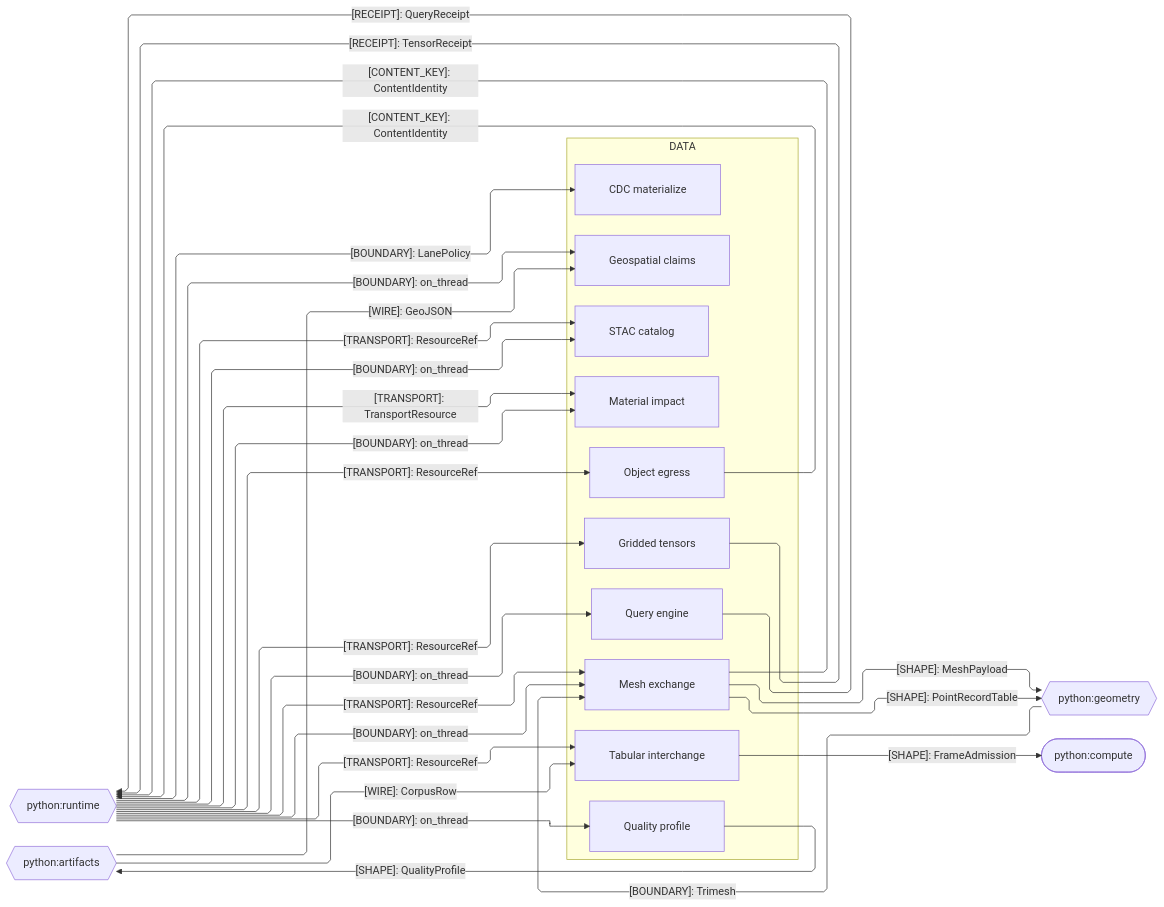
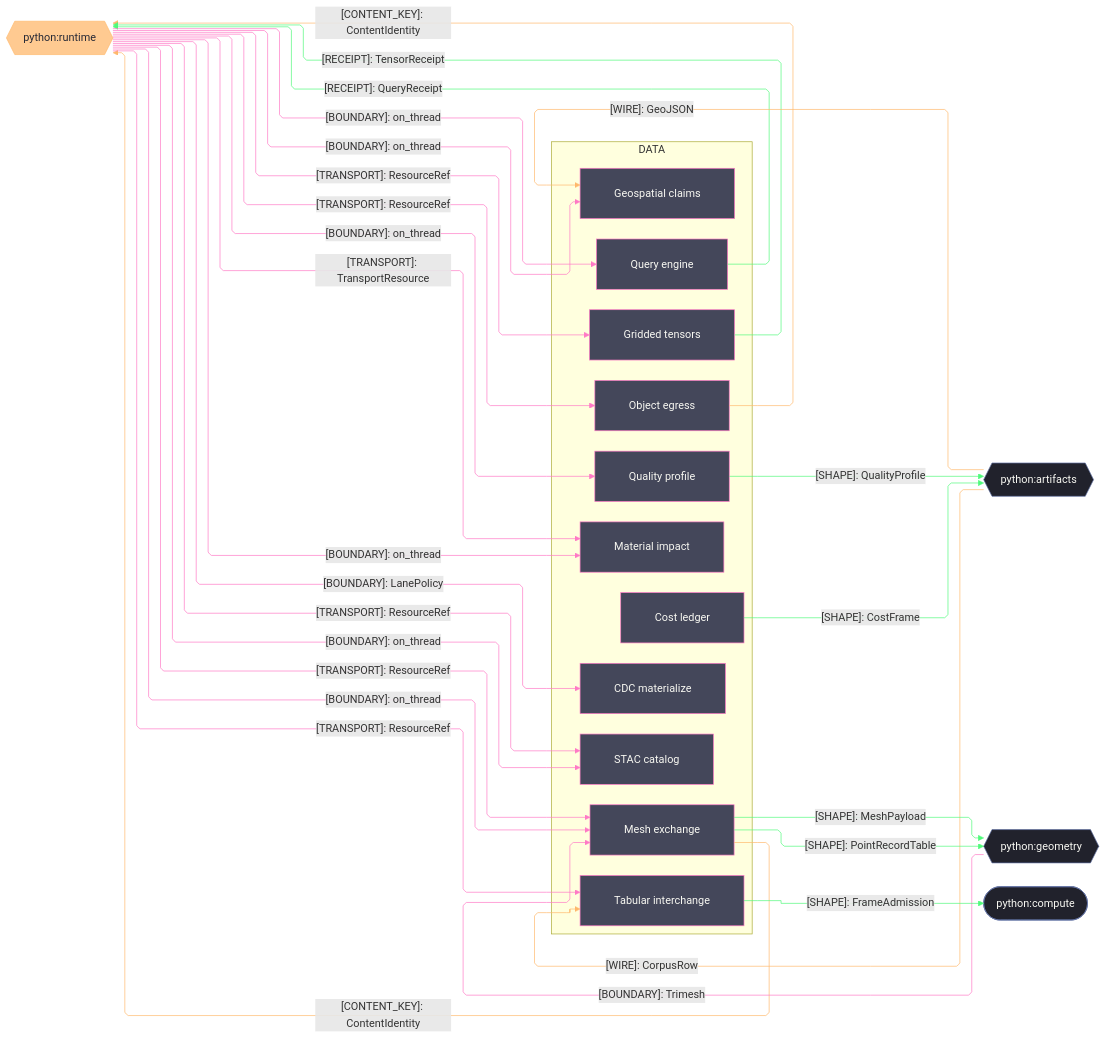
The first of 3 diagrams in libs/python/data/ARCHITECTURE.md (bsamiee/Rasm), drawn with Mermaid before and after one commit. The commit also changed other lines of this file and 124 other files, not shown here.

First line of the commit message:
planning registries: ARCHITECTURE/README/IDEAS/TASKLOG/RULINGS + csproj, campaign-method, CLAUDE.md

````diff
--- a/libs/python/data/ARCHITECTURE.md
+++ b/libs/python/data/ARCHITECTURE.md
@@ -37,52 +38,66 @@
 ```mermaid
 ---
 config:
   layout: elk
   flowchart:
     curve: linear
     padding: 25
 ---
 flowchart LR
     accTitle: Data package Python-peer seam registry
     accDescr: Data sub-domain owners exchanging content identity, transport, receipts, wires, and frame shapes with the Python runtime, artifacts, geometry, and compute siblings.
     subgraph data[DATA]
         Tabular[Tabular interchange]
         Egress[Object egress]
         Query[Query engine]
         Materialize[CDC materialize]
         Profile[Quality profile]
+        Cost[Cost ledger]
         Geospatial[Geospatial claims]
         Catalog[STAC catalog]
         Mesh[Mesh exchange]
         Gridded[Gridded tensors]
         Impact[Material impact]
     end
     Runtime{{python:runtime}}
     Artifacts{{python:artifacts}}
     Geometry{{python:geometry}}
     Compute([python:compute])
     Egress e1@-->|"[CONTENT_KEY]: ContentIdentity"| Runtime
     Mesh e2@-->|"[CONTENT_KEY]: ContentIdentity"| Runtime
     Query e3@-->|"[RECEIPT]: QueryReceipt"| Runtime
     Gridded e19@-->|"[RECEIPT]: TensorReceipt"| Runtime
     Runtime e4@-->|"[TRANSPORT]: ResourceRef"| Tabular
     Runtime e20@-->|"[TRANSPORT]: ResourceRef"| Egress
     Runtime e21@-->|"[TRANSPORT]: ResourceRef"| Gridded
     Runtime e22@-->|"[TRANSPORT]: ResourceRef"| Mesh
     Runtime e23@-->|"[TRANSPORT]: ResourceRef"| Catalog
     Runtime e5@-->|"[TRANSPORT]: TransportResource"| Impact
     Artifacts e6@-->|"[WIRE]: CorpusRow"| Tabular
     Profile e7@-->|"[SHAPE]: QualityProfile"| Artifacts
     Artifacts e8@-->|"[WIRE]: GeoJSON"| Geospatial
     Mesh e9@-->|"[SHAPE]: MeshPayload"| Geometry
     Mesh e15@-->|"[SHAPE]: PointRecordTable"| Geometry
     Geometry e16@-->|"[BOUNDARY]: Trimesh"| Mesh
     Tabular e10@-->|"[SHAPE]: FrameAdmission"| Compute
     Runtime e11@-->|"[BOUNDARY]: on_thread"| Query
     Runtime e12@-->|"[BOUNDARY]: on_thread"| Geospatial
     Runtime e13@-->|"[BOUNDARY]: on_thread"| Mesh
     Runtime e14@-->|"[BOUNDARY]: on_thread"| Profile
     Runtime e24@-->|"[BOUNDARY]: on_thread"| Impact
     Runtime e17@-->|"[BOUNDARY]: LanePolicy"| Materialize
     Runtime e18@-->|"[BOUNDARY]: on_thread"| Catalog
+    Cost e25@-->|"[SHAPE]: CostFrame"| Artifacts
+    class Tabular,Egress,Query,Materialize,Profile,Cost,Geospatial,Catalog,Mesh,Gridded,Impact primary
+    class Runtime data
+    class Artifacts,Geometry,Compute annotation
+    class e1,e2,e6,e8 edgeData
+    class e3,e7,e9,e10,e15,e19,e25 edgeSuccess
+    class e4,e5,e11,e12,e13,e14,e16,e17,e18,e20,e21,e22,e23,e24 edgeControl
+    classDef primary fill:#44475A,stroke:#FF79C6,color:#F8F8F2
+    classDef data fill:#FFB86CBF,stroke:#FFB86C,color:#282A36
+    classDef annotation fill:#21222C,stroke:#6272A4,color:#F8F8F2
+    classDef edgeData stroke:#FFB86C,color:#F8F8F2
+    classDef edgeSuccess stroke:#50FA7B,color:#F8F8F2
+    classDef edgeControl stroke:#FF79C6,color:#F8F8F2
 ```
````
